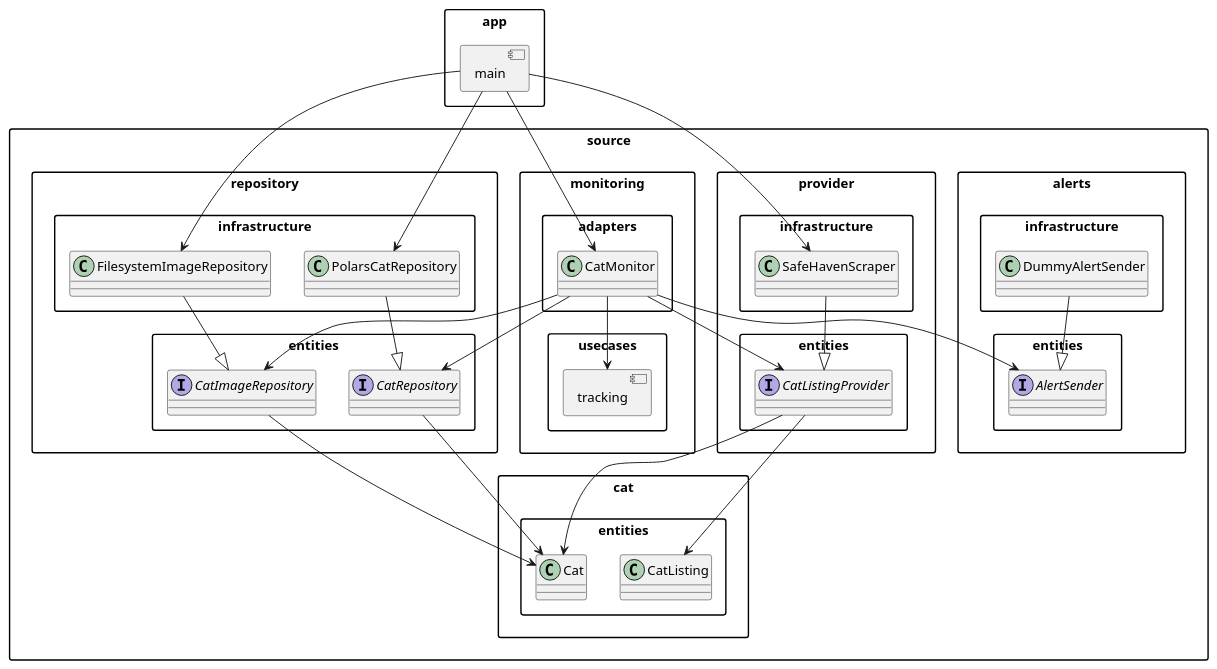
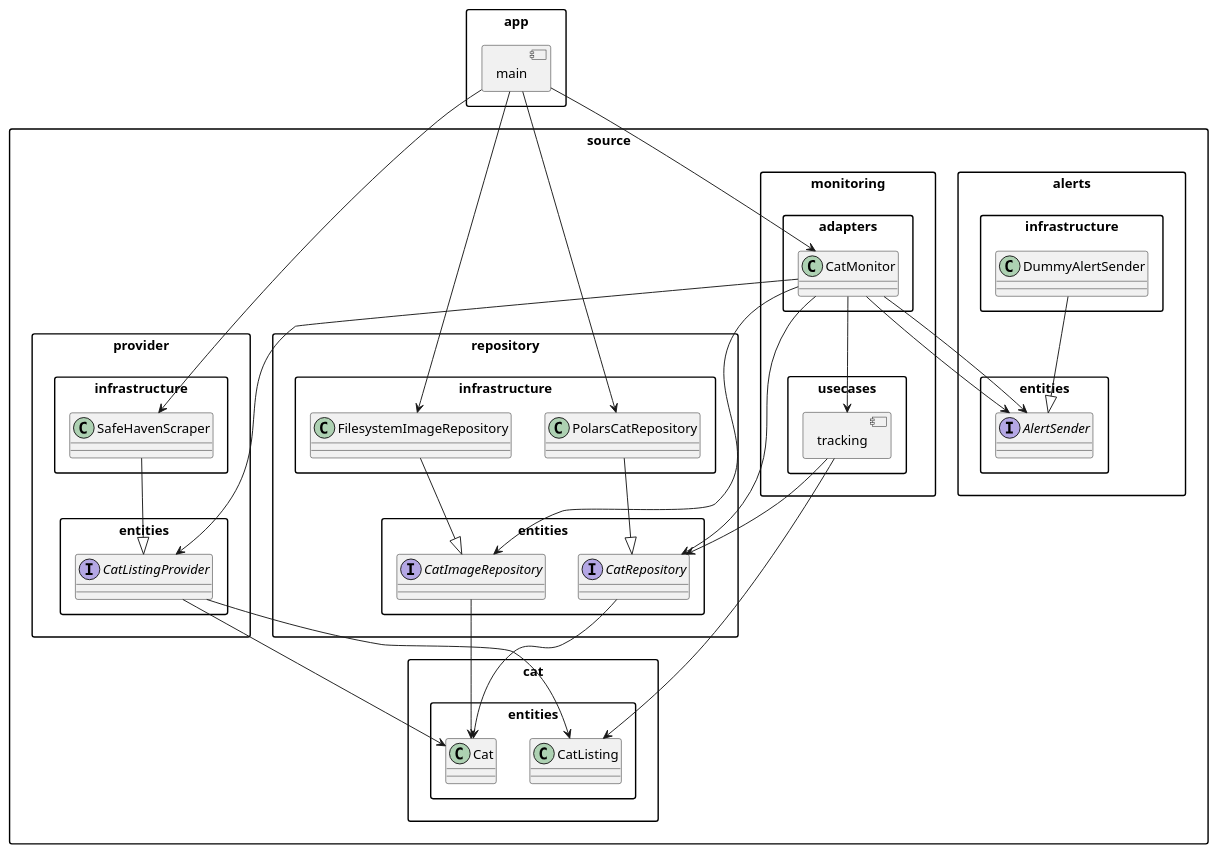
The diagram in architecture.plantuml (tctibbs/feline-finder), drawn with PlantUML before and after one commit.

Commit message:
Updates to architecture diagram

```diff
--- a/architecture.plantuml
+++ b/architecture.plantuml
@@ -1,87 +1,90 @@
 @startuml FelineFinder
 
 skinparam packageStyle rectangle
 allow_mixing
 
 package source {   
     package "cat" {
         package "entities" {
             class Cat
             class CatListing
         }
     }
 
     
     package "provider" {
         package "entities" {
             interface CatListingProvider
 
             CatListingProvider --> CatListing
             CatListingProvider --> Cat
         }
 
         package "infrastructure" {
             class SafeHavenScraper
 
             SafeHavenScraper --|> CatListingProvider
         }
     }
 
     package "repository" {
         package "entities" {
             interface CatRepository
             interface CatImageRepository
 
             CatRepository --> Cat
             CatImageRepository --> Cat
         }
 
         package "infrastructure" {
             class PolarsCatRepository
             class FilesystemImageRepository
 
             PolarsCatRepository --|> CatRepository
             FilesystemImageRepository --|> CatImageRepository
         }
     }
 
     package "alerts"{
         package "entities" {
             interface AlertSender
         }
 
         package "infrastructure" {
             class DummyAlertSender
 
             DummyAlertSender --|> AlertSender
         }
     }
 
     package "monitoring" {
         package "usecases" {
             component tracking
+            tracking --> CatListing
+            tracking --> CatRepository
         }
 
         package "adapters" {
             class CatMonitor
             CatMonitor --> tracking
             CatMonitor --> AlertSender
             CatMonitor --> CatListingProvider
             CatMonitor --> CatRepository
             CatMonitor --> CatImageRepository
+            CatMonitor --> AlertSender
         }
     }
 }
 
 package "app" {
   component main
 
     main --> CatMonitor
     main --> FilesystemImageRepository
     main --> PolarsCatRepository
     main --> SafeHavenScraper
 }
 
 
 
 @enduml
```
